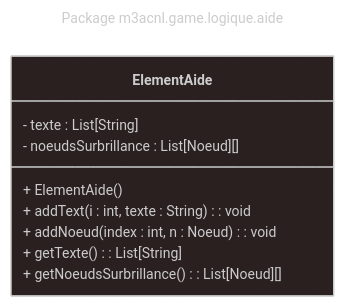
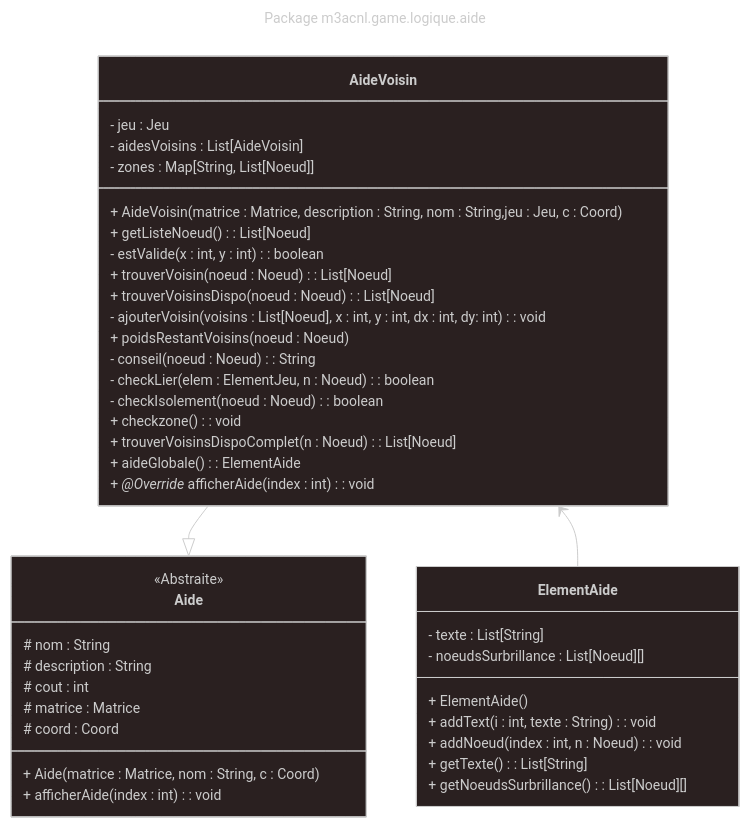
One commit to Gr4-M3ACNL/documents changed the diagram in diagrammes-classes/game-logique-aide.mmd. Above: the diagram before and after it, drawn with Mermaid. The commit also changed 1 other file, not shown here.

Commit message:
Ajout du diagramme d'aide

```diff
--- a/diagrammes-classes/game-logique-aide.mmd
+++ b/diagrammes-classes/game-logique-aide.mmd
@@ -1,17 +1,49 @@
 ---
 config:
   theme: neo-dark
 title: Package m3acnl.game.logique.aide
 ---
-
 classDiagram
 direction TB
-class ElementAide{
-        - texte : List[String]
-        - noeudsSurbrillance : List[Noeud][]
-        + ElementAide()
-        + addText(i : int, texte : String) : void
-        + addNoeud(index : int, n : Noeud) : void
-        + getTexte() : List[String]
-        + getNoeudsSurbrillance() : List[Noeud][]
+    class ElementAide {
+	    - texte : List[String]
+	    - noeudsSurbrillance : List[Noeud][]
+	    + ElementAide()
+	    + addText(i : int, texte : String) : void
+	    + addNoeud(index : int, n : Noeud) : void
+	    + getTexte() : List[String]
+	    + getNoeudsSurbrillance() : List[Noeud][]
     }
+    class AideVoisin {
+	    - jeu : Jeu
+	    - aidesVoisins : List[AideVoisin]
+	    - zones : Map[String, List[Noeud]]
+	    + AideVoisin(matrice : Matrice, description : String, nom : String,jeu : Jeu, c : Coord)
+	    + getListeNoeud() : List[Noeud]
+	    - estValide(x : int, y : int) : boolean
+	    + trouverVoisin(noeud : Noeud) : List[Noeud]
+	    + trouverVoisinsDispo(noeud : Noeud) : List[Noeud]
+	    - ajouterVoisin(voisins : List[Noeud], x : int, y : int, dx : int, dy: int) : void
+	    + poidsRestantVoisins(noeud : Noeud)
+	    - conseil(noeud : Noeud) : String
+	    - checkLier(elem : ElementJeu, n : Noeud) : boolean
+	    - checkIsolement(noeud : Noeud) : boolean
+	    + checkzone() : void
+	    + trouverVoisinsDispoComplet(n : Noeud) : List[Noeud]
+	    + aideGlobale() : ElementAide
+	    + *@Override* afficherAide(index : int) : void
+    }
+    class Aide {
+	    # nom : String
+	    # description : String
+	    # cout : int
+	    # matrice : Matrice
+	    # coord : Coord
+	    + Aide(matrice : Matrice, nom : String, c : Coord)
+	    + afficherAide(index : int) : void
+    }
+
+	<<Abstraite>> Aide
+
+    AideVoisin --|> Aide
+    AideVoisin <-- ElementAide
```
